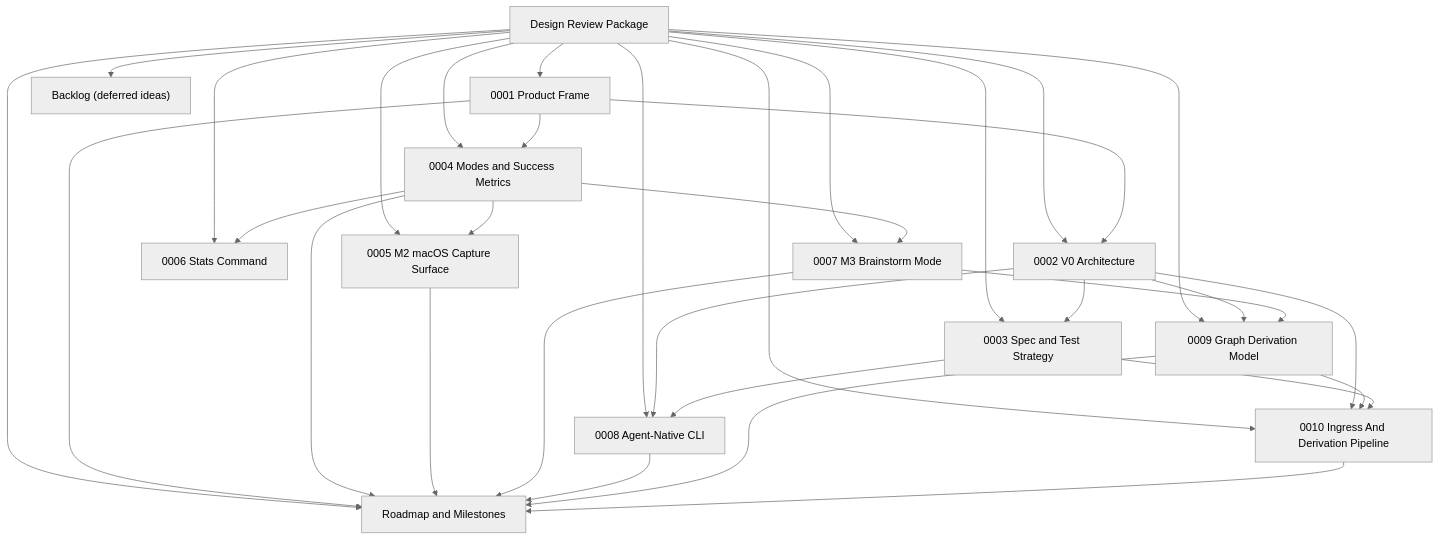
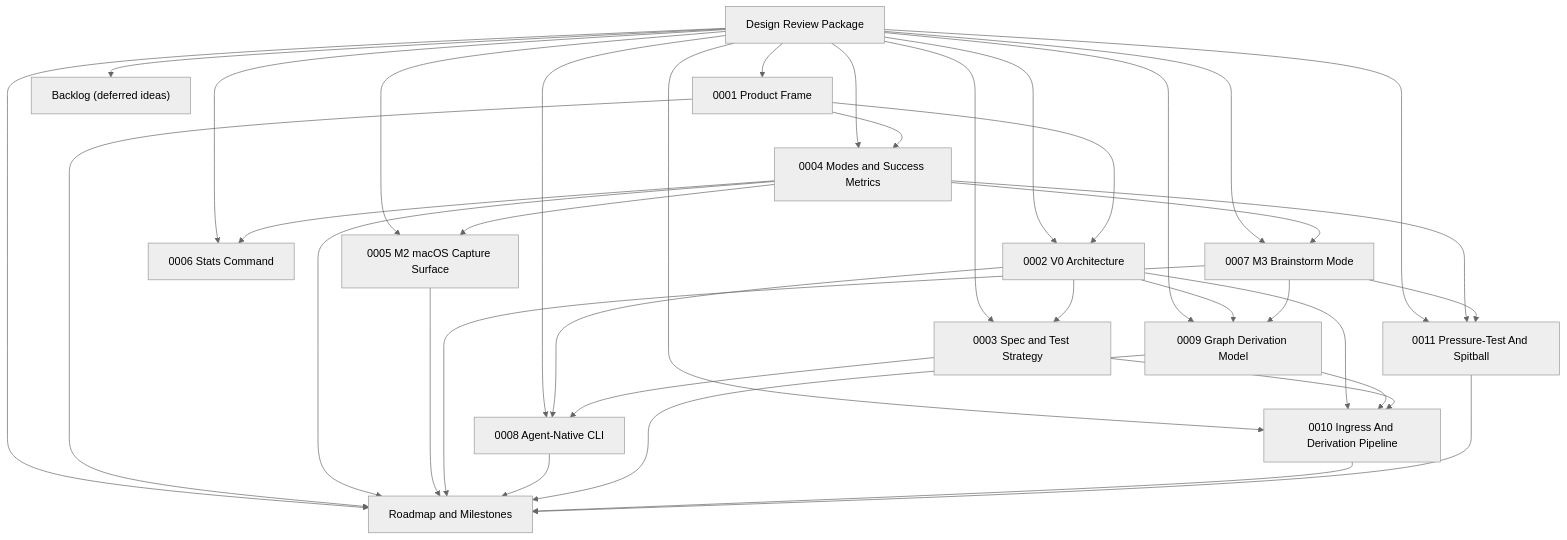
One commit to flyingrobots/think changed the diagram in docs/design/README.md. Above: the diagram before and after it, drawn with Mermaid (neutral theme). The commit also changed other lines of this file and 3 other files, not shown here.

Commit message:
Document pressure-test and spitball split

````diff
--- a/docs/design/README.md
+++ b/docs/design/README.md
@@ -38,35 +39,39 @@
 ```mermaid
 flowchart TD
     R["Design Review Package"] --> P["0001 Product Frame"]
     R --> A["0002 V0 Architecture"]
     R --> T["0003 Spec and Test Strategy"]
     R --> M["0004 Modes and Success Metrics"]
     R --> M2["0005 M2 macOS Capture Surface"]
     R --> S["0006 Stats Command"]
     R --> B3["0007 M3 Brainstorm Mode"]
     R --> A8["0008 Agent-Native CLI"]
     R --> G9["0009 Graph Derivation Model"]
     R --> P10["0010 Ingress And Derivation Pipeline"]
+    R --> P11["0011 Pressure-Test And Spitball"]
     R --> RD["Roadmap and Milestones"]
     R --> BL["Backlog (deferred ideas)"]
     P --> A
     P --> M
     A --> T
     P --> RD
     M --> RD
     M --> M2
     M --> S
     M --> B3
     A --> A8
     A --> G9
     A --> P10
+    M --> P11
     B3 --> G9
+    B3 --> P11
     G9 --> P10
     T --> A8
     T --> P10
     M2 --> RD
     B3 --> RD
     A8 --> RD
     G9 --> RD
     P10 --> RD
+    P11 --> RD
 ```
````
